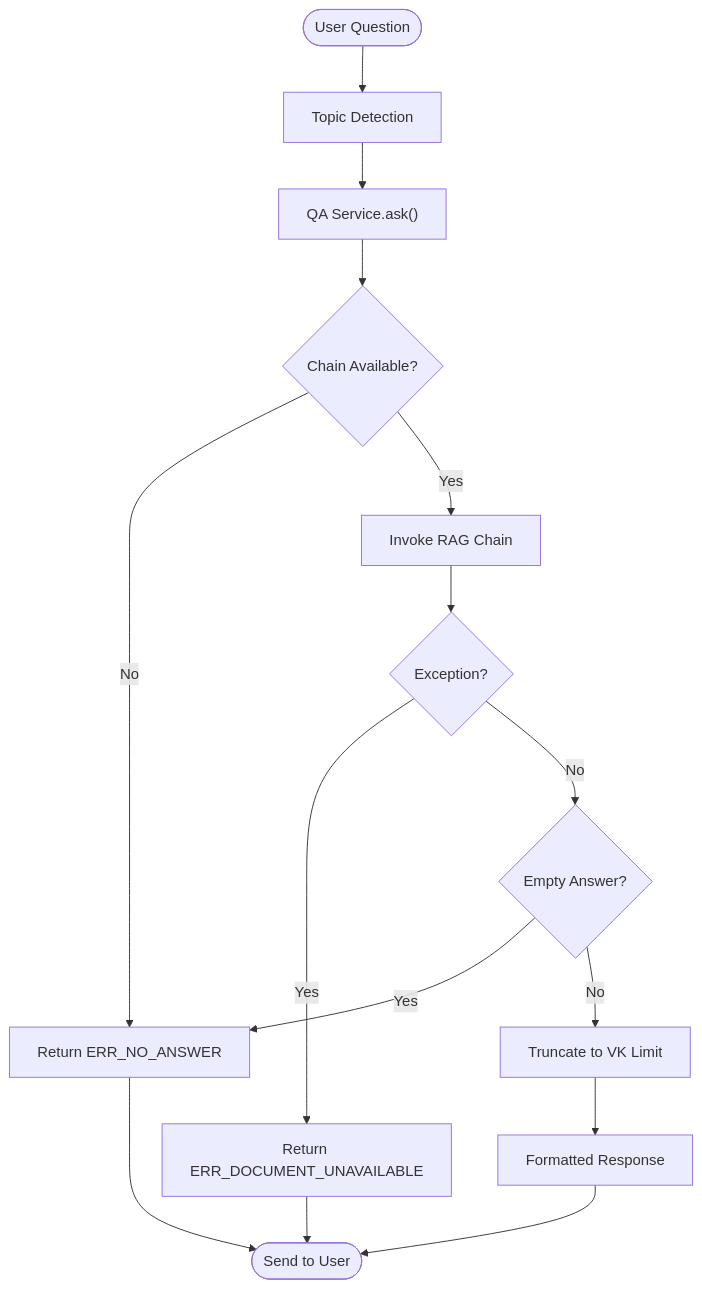
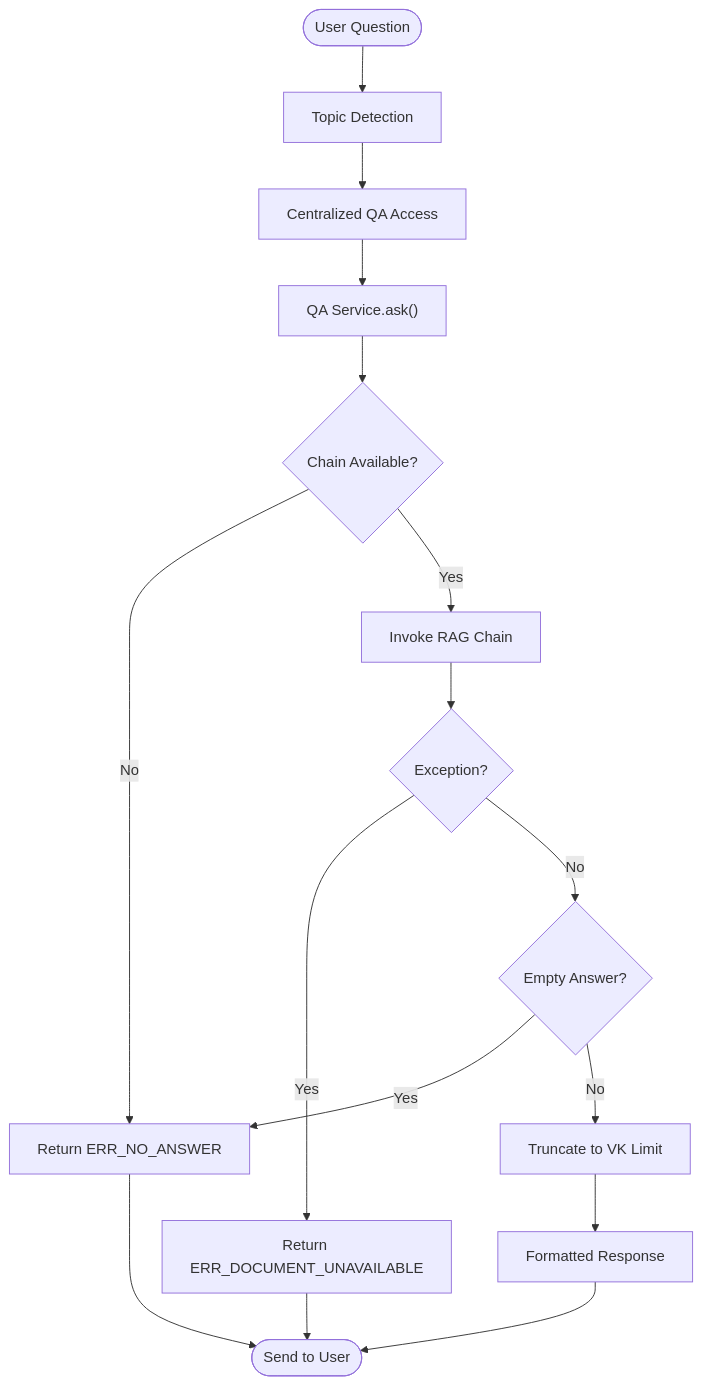
Before and after one commit to ognelis/cafetera_hr_bot: the fifth of 11 diagrams in .qoder/repowiki/en/content/VK Integration/VK Integration.md, drawn with Mermaid. The commit also changed other lines of this file and 29 other files, not shown here.

````diff
--- a/.qoder/repowiki/en/content/VK Integration/VK Integration.md
+++ b/.qoder/repowiki/en/content/VK Integration/VK Integration.md
@@ -236,17 +299,18 @@
 ```mermaid
 flowchart TD
 Start(["User Question"]) --> Detect["Topic Detection"]
-Detect --> QAService["QA Service.ask()"]
+Detect --> Utils["Centralized QA Access"]
+Utils --> QAService["QA Service.ask()"]
 QAService --> CheckChain{"Chain Available?"}
 CheckChain --> |No| NoAnswer["Return ERR_NO_ANSWER"]
 CheckChain --> |Yes| Invoke["Invoke RAG Chain"]
 Invoke --> HandleError{"Exception?"}
 HandleError --> |Yes| DocUnavailable["Return ERR_DOCUMENT_UNAVAILABLE"]
 HandleError --> |No| CheckAnswer{"Empty Answer?"}
 CheckAnswer --> |Yes| NoAnswer
 CheckAnswer --> |No| Truncate["Truncate to VK Limit"]
 Truncate --> Response["Formatted Response"]
 Response --> End(["Send to User"])
 NoAnswer --> End
 DocUnavailable --> End
 ```
````
